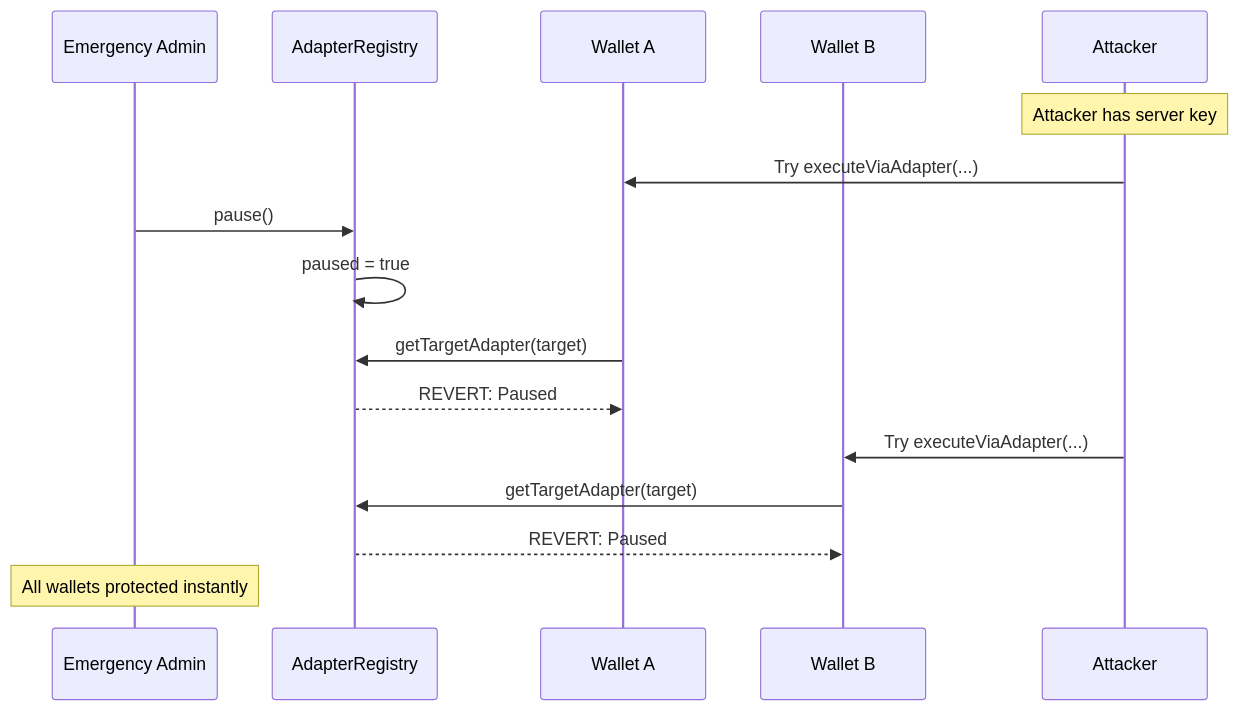
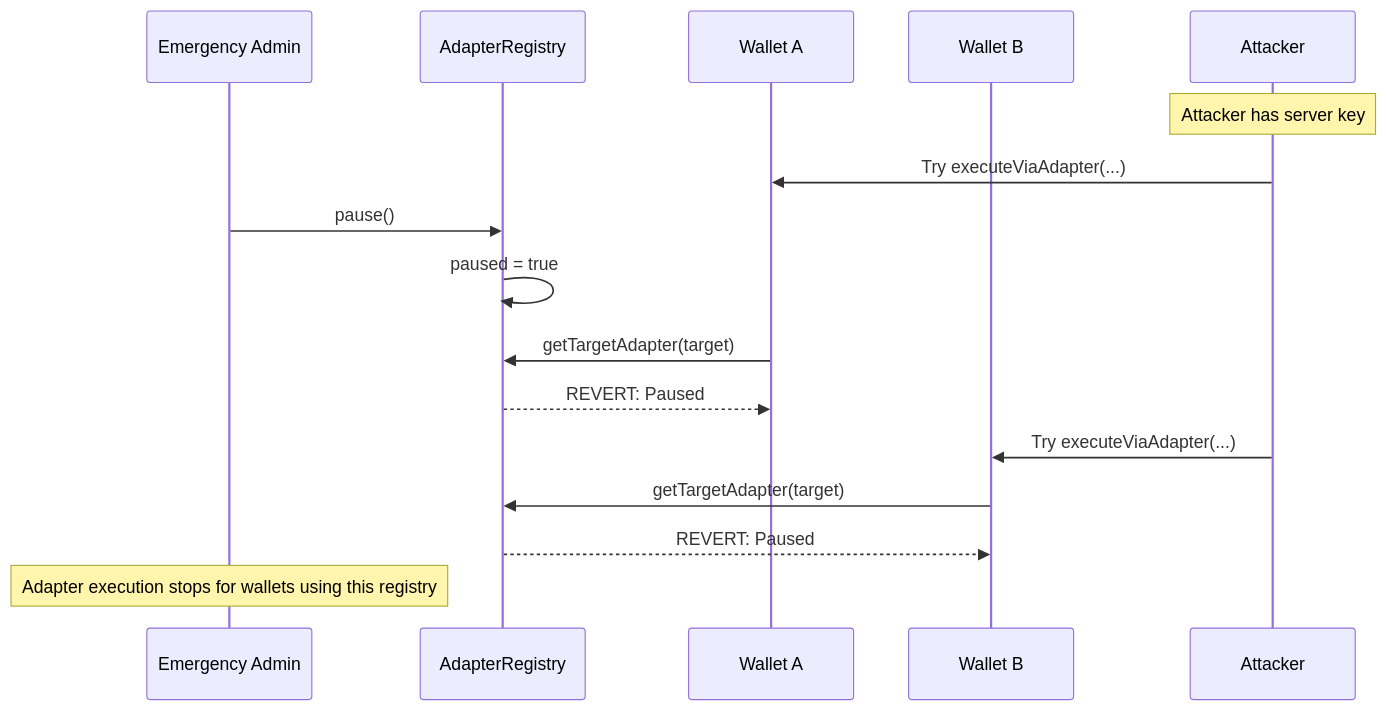
Before and after one commit to tokenpage/yieldseeker-contracts: the sixth of 6 diagrams in README.md, drawn with Mermaid. The commit also changed other lines of this file and 22 other files, not shown here.

````diff
--- a/README.md
+++ b/README.md
@@ -760,23 +760,23 @@
 ```mermaid
 sequenceDiagram
     participant Emergency as Emergency Admin
     participant Registry as AdapterRegistry
     participant Wallet1 as Wallet A
     participant Wallet2 as Wallet B
     participant Attacker
 
     Note over Attacker: Attacker has server key
     Attacker->>Wallet1: Try executeViaAdapter(...)
 
     Emergency->>Registry: pause()
     Registry->>Registry: paused = true
 
     Wallet1->>Registry: getTargetAdapter(target)
     Registry-->>Wallet1: REVERT: Paused
 
     Attacker->>Wallet2: Try executeViaAdapter(...)
     Wallet2->>Registry: getTargetAdapter(target)
     Registry-->>Wallet2: REVERT: Paused
 
-    Note over Emergency: All wallets protected instantly
+    Note over Emergency: Adapter execution stops for wallets using this registry
 ```
````
